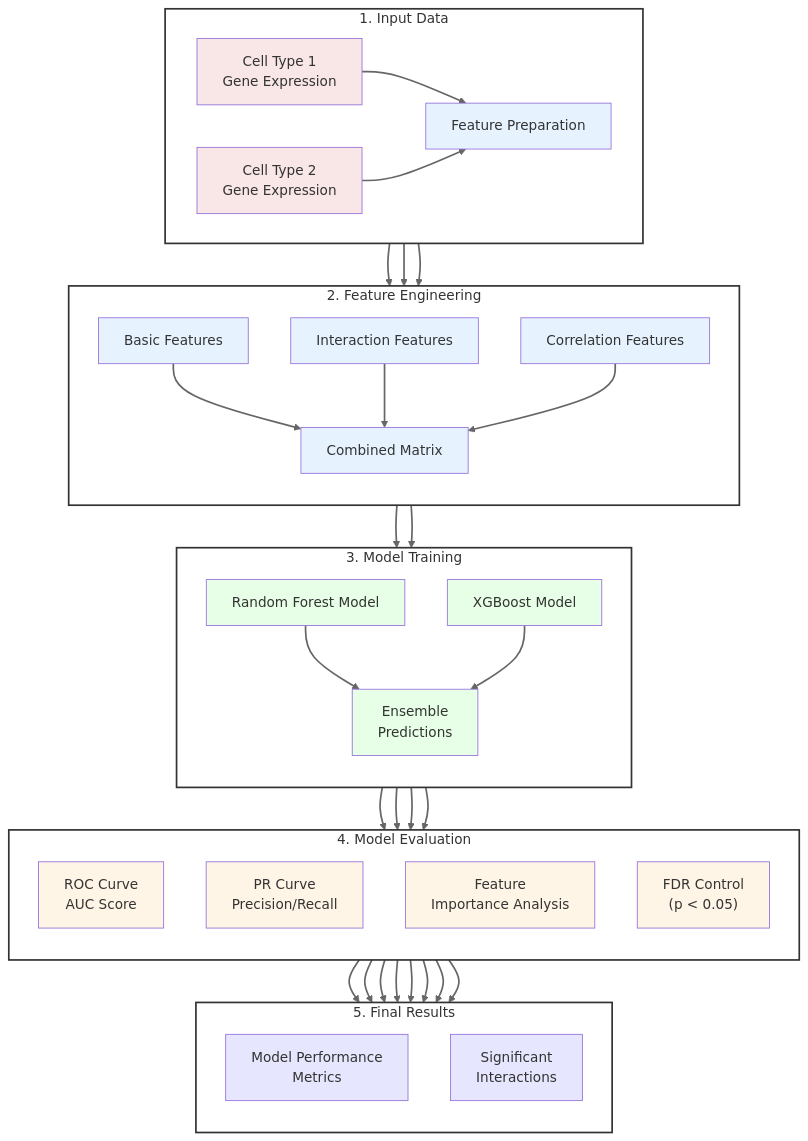
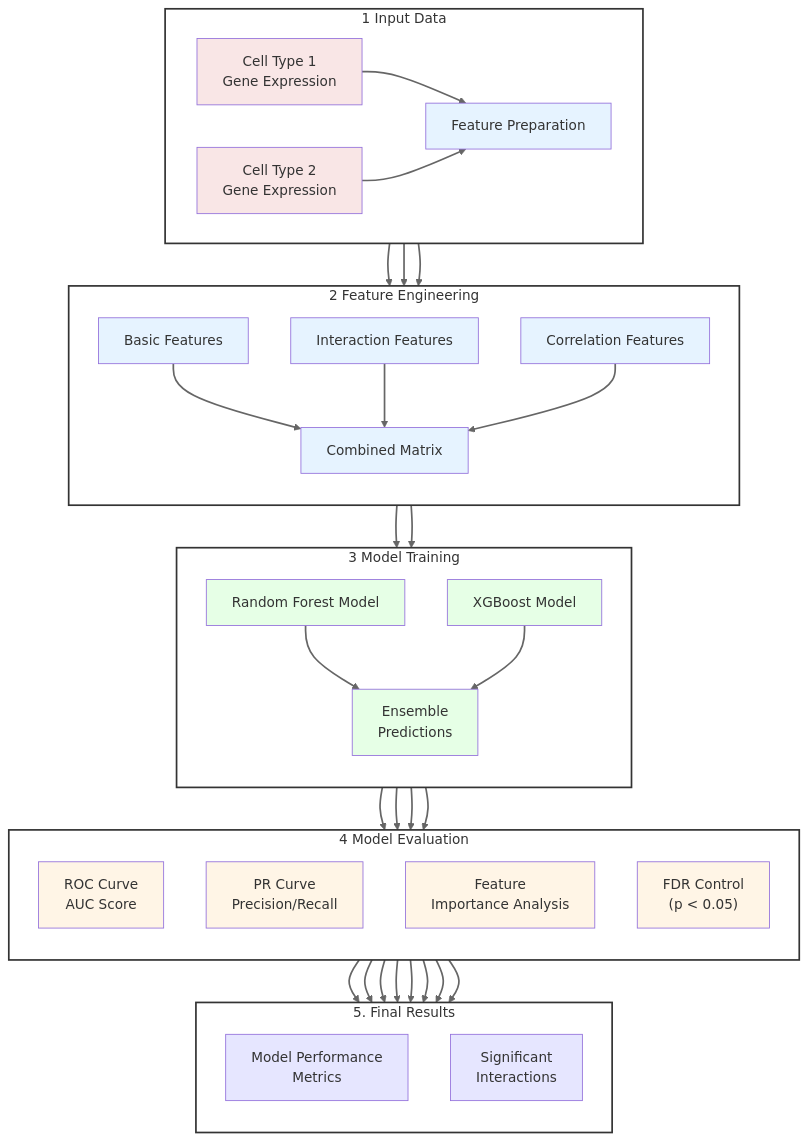
One commit to qianxu05172019/OocyteForestBoost changed the diagram in README.md. Above: the diagram before and after it, drawn with Mermaid.

````diff
--- a/README.md
+++ b/README.md
@@ -7,61 +7,61 @@
 ```mermaid
 flowchart TB
-    subgraph Input["1. Input Data"]
+    subgraph Input["1 Input Data"]
         direction LR
         A1["Cell Type 1\nGene Expression"] --> FP
         A2["Cell Type 2\nGene Expression"] --> FP
         style A1 fill:#f9e6e6
         style A2 fill:#f9e6e6
     end
 
-    subgraph Feature["2. Feature Engineering"]
+    subgraph Feature["2 Feature Engineering"]
         direction TB
         FP["Feature Preparation"] --> F1["Basic Features"]
         FP --> F2["Interaction Features"]
         FP --> F3["Correlation Features"]
         F1 & F2 & F3 --> CM["Combined Matrix"]
         style FP fill:#e6f3ff
         style F1 fill:#e6f3ff
         style F2 fill:#e6f3ff
         style F3 fill:#e6f3ff
         style CM fill:#e6f3ff
     end
 
-    subgraph Model["3. Model Training"]
+    subgraph Model["3 Model Training"]
         direction TB
         CM --> RF["Random Forest Model"]
         CM --> XGB["XGBoost Model"]
         RF --> EP["Ensemble\nPredictions"]
         XGB --> EP
         style RF fill:#e6ffe6
         style XGB fill:#e6ffe6
         style EP fill:#e6ffe6
     end
 
-    subgraph Evaluation["4. Model Evaluation"]
+    subgraph Evaluation["4 Model Evaluation"]
         direction TB
         EP --> M1["ROC Curve\nAUC Score"]
         EP --> M2["PR Curve\nPrecision/Recall"]
         EP --> M3["Feature\nImportance Analysis"]
         EP --> M4["FDR Control\n(p < 0.05)"]
         style M1 fill:#fff5e6
         style M2 fill:#fff5e6
         style M3 fill:#fff5e6
         style M4 fill:#fff5e6
     end
 
     subgraph Output["5. Final Results"]
         direction TB
         M1 & M2 & M3 & M4 --> R1["Model Performance\nMetrics"]
         M1 & M2 & M3 & M4 --> R2["Significant\nInteractions"]
         style R1 fill:#e6e6ff
         style R2 fill:#e6e6ff
     end
 
     %% 整体样式设置
     classDef section fill:#fff,stroke:#333,stroke-width:2px
     class Input,Feature,Model,Evaluation,Output section
     
     %% 连接线样式
     linkStyle default stroke:#666,stroke-width:2px
 ```
````
